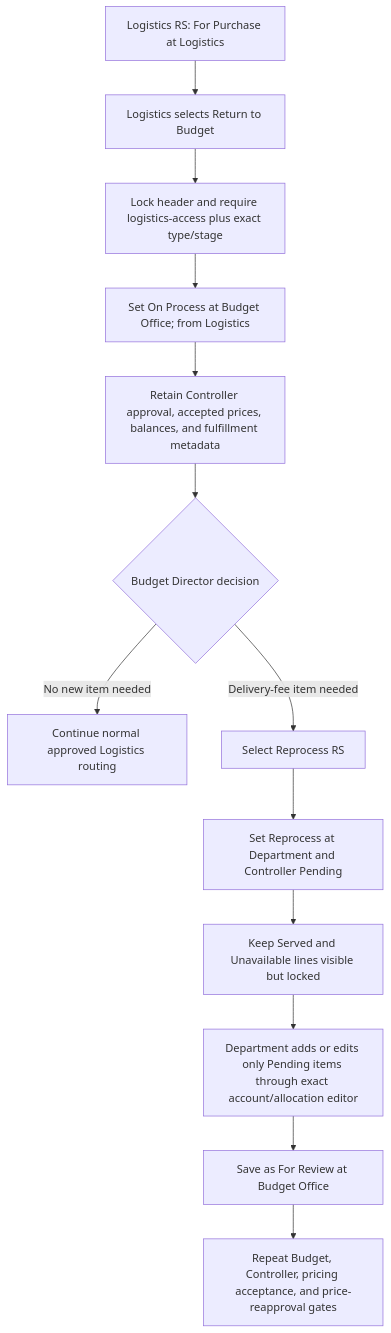
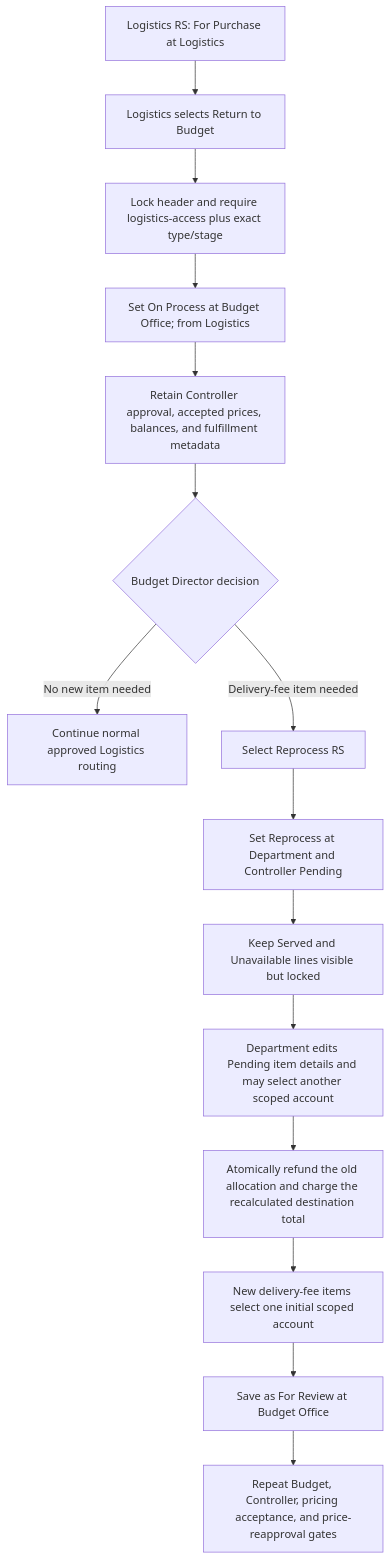
Diagram 23 of 47 in docs/abms/flowcharts.md (AdamsonUniversity-ITC/adulivev6-monorepo), drawn with Mermaid before and after one commit. The commit also changed other lines of this file and 20 other files, not shown here.

````diff
--- a/docs/abms/flowcharts.md
+++ b/docs/abms/flowcharts.md
@@ -442,15 +442,17 @@
 ```mermaid
 flowchart TD
     A[Logistics RS: For Purchase at Logistics] --> B[Logistics selects Return to Budget]
     B --> C[Lock header and require logistics-access plus exact type/stage]
     C --> D[Set On Process at Budget Office; from Logistics]
     D --> E[Retain Controller approval, accepted prices, balances, and fulfillment metadata]
     E --> F{Budget Director decision}
     F -- No new item needed --> G[Continue normal approved Logistics routing]
     F -- Delivery-fee item needed --> H[Select Reprocess RS]
     H --> I[Set Reprocess at Department and Controller Pending]
     I --> IA[Keep Served and Unavailable lines visible but locked]
-    IA --> J[Department adds or edits only Pending items through exact account/allocation editor]
-    J --> K[Save as For Review at Budget Office]
+    IA --> J[Department edits Pending item details and may select another scoped account]
+    J --> JT[Atomically refund the old allocation and charge the recalculated destination total]
+    JT --> JA[New delivery-fee items select one initial scoped account]
+    JA --> K[Save as For Review at Budget Office]
     K --> L[Repeat Budget, Controller, pricing acceptance, and price-reapproval gates]
 ```
````
